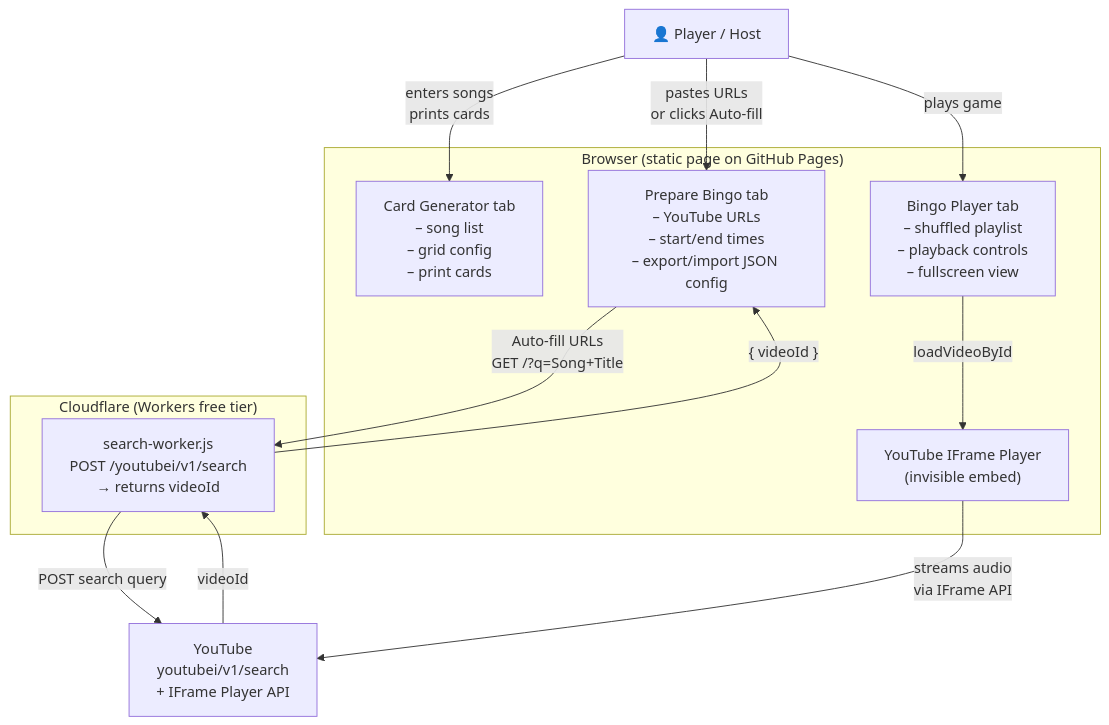
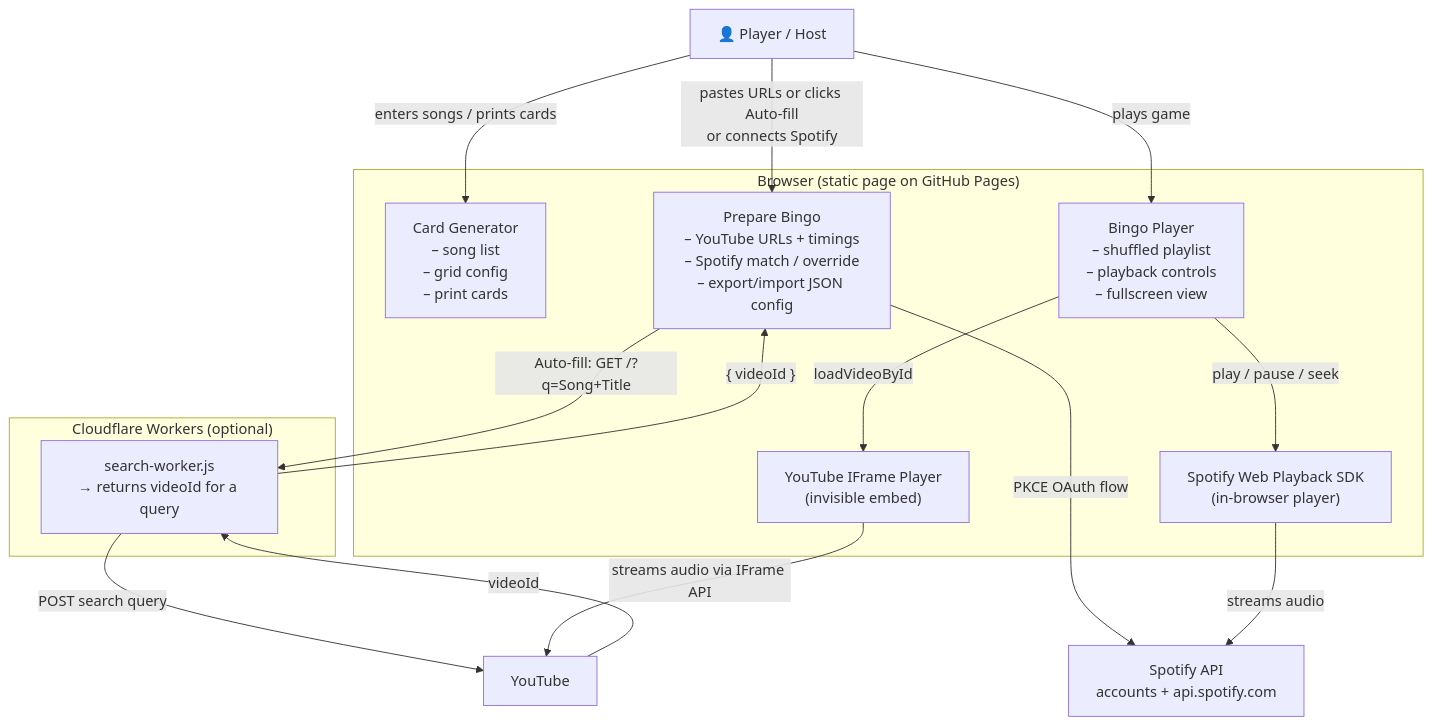
One commit to benattxurruka/music-bingo-card-generator changed the diagram in README.md. Above: the diagram before and after it, drawn with Mermaid. The commit also changed other lines of this file and 11 other files, not shown here.

````diff
--- a/README.md
+++ b/README.md
@@ -56,29 +90,35 @@
 ```mermaid
 flowchart TD
     User["👤 Player / Host"]
 
     subgraph Browser["Browser (static page on GitHub Pages)"]
-        Generator["Card Generator tab\n– song list\n– grid config\n– print cards"]
-        Prepare["Prepare Bingo tab\n– YouTube URLs\n– start/end times\n– export/import JSON config"]
-        Player["Bingo Player tab\n– shuffled playlist\n– playback controls\n– fullscreen view"]
+        Generator["Card Generator\n– song list\n– grid config\n– print cards"]
+        Prepare["Prepare Bingo\n– YouTube URLs + timings\n– Spotify match / override\n– export/import JSON config"]
+        Player["Bingo Player\n– shuffled playlist\n– playback controls\n– fullscreen view"]
         YTEmbed["YouTube IFrame Player\n(invisible embed)"]
+        SpSDK["Spotify Web Playback SDK\n(in-browser player)"]
     end
 
-    subgraph Cloudflare["Cloudflare (Workers free tier)"]
-        Worker["search-worker.js\nPOST /youtubei/v1/search\n→ returns videoId"]
+    subgraph Cloudflare["Cloudflare Workers (optional)"]
+        Worker["search-worker.js\n→ returns videoId for a query"]
     end
 
-    YouTube["YouTube\nyoutubei/v1/search\n+ IFrame Player API"]
+    YouTube["YouTube"]
+    SpotifyAPI["Spotify API\naccounts + api.spotify.com"]
 
-    User -->|"enters songs\nprints cards"| Generator
-    User -->|"pastes URLs\nor clicks Auto-fill"| Prepare
+    User -->|"enters songs / prints cards"| Generator
+    User -->|"pastes URLs or clicks Auto-fill\nor connects Spotify"| Prepare
     User -->|"plays game"| Player
 
-    Prepare -->|"Auto-fill URLs\nGET /?q=Song+Title"| Worker
+    Prepare -->|"Auto-fill: GET /?q=Song+Title"| Worker
     Worker -->|"POST search query"| YouTube
     YouTube -->|"videoId"| Worker
     Worker -->|"{ videoId }"| Prepare
 
     Player -->|"loadVideoById"| YTEmbed
-    YTEmbed -->|"streams audio\nvia IFrame API"| YouTube
+    YTEmbed -->|"streams audio via IFrame API"| YouTube
+
+    Prepare -->|"PKCE OAuth flow"| SpotifyAPI
+    SpSDK -->|"streams audio"| SpotifyAPI
+    Player -->|"play / pause / seek"| SpSDK
 ```
````
